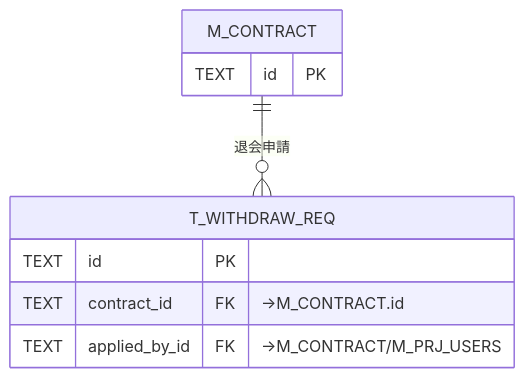
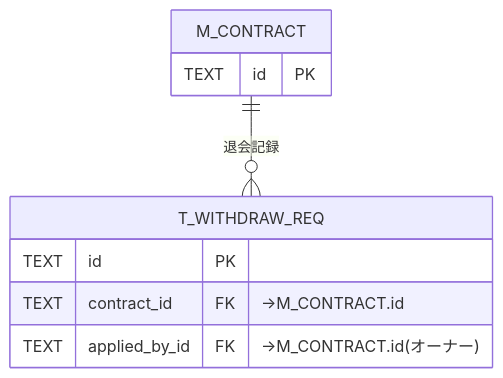
Before and after one commit to sikakou54/open-faq: diagram 11 of 12 in 02_basic_design/02_backend/04_database/index.md, drawn with Mermaid. The commit also changed other lines of this file and 66 other files, not shown here.

````diff
--- a/02_basic_design/02_backend/04_database/index.md
+++ b/02_basic_design/02_backend/04_database/index.md
@@ -293,8 +293,8 @@
 ```mermaid
 erDiagram
   M_CONTRACT { TEXT id PK }
   T_WITHDRAW_REQ { TEXT id PK
     TEXT contract_id FK "→M_CONTRACT.id"
-    TEXT applied_by_id FK "→M_CONTRACT/M_PRJ_USERS" }
-  M_CONTRACT ||--o{ T_WITHDRAW_REQ : "退会申請"
+    TEXT applied_by_id FK "→M_CONTRACT.id(オーナー)" }
+  M_CONTRACT ||--o{ T_WITHDRAW_REQ : "退会記録"
 ```
````
